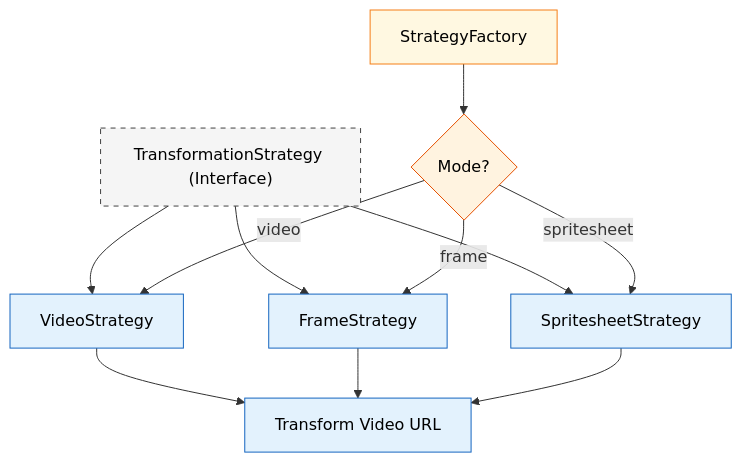
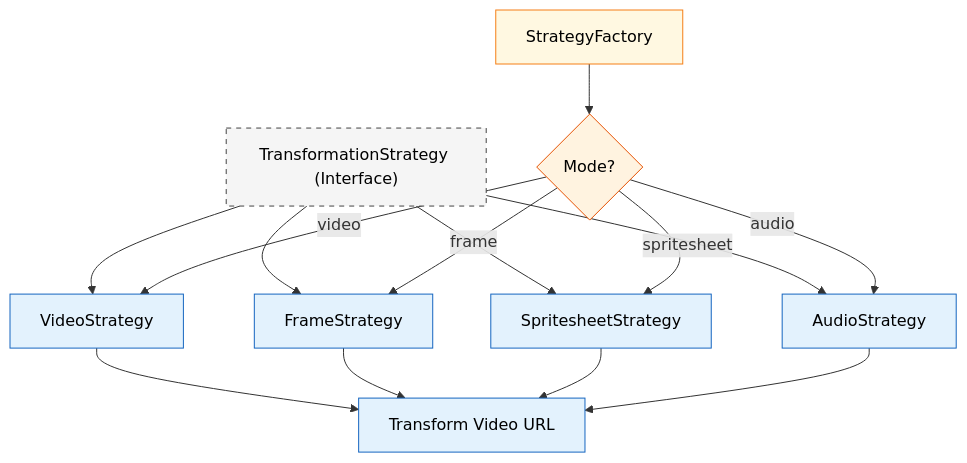
One commit to erfianugrah/video-resizer changed the sixth of 16 diagrams in README.md. Above: the diagram before and after it, drawn with Mermaid. The commit also changed other lines of this file and 26 other files, not shown here.

````diff
--- a/README.md
+++ b/README.md
@@ -416,28 +423,30 @@
 ```mermaid
 flowchart TB
     %% Define node styles with high contrast colors
     classDef interface fill:#F5F5F5,stroke:#424242,stroke-dasharray: 5 5,color:#000000;
     classDef concrete fill:#E3F2FD,stroke:#1565C0,color:#000000;
     classDef factory fill:#FFF8E1,stroke:#F57F17,color:#000000;
     classDef decision fill:#FFF3E0,stroke:#E65100,color:#000000;
 
     %% Strategy hierarchy
     A["TransformationStrategy (Interface)"] --> B[VideoStrategy]
     A --> C[FrameStrategy]
     A --> D[SpritesheetStrategy]
+    A --> E[AudioStrategy]
 
     %% Factory
-    E[StrategyFactory] --> F{Mode?}
-    F -->|video| B
-    F -->|frame| C
-    F -->|spritesheet| D
+    F[StrategyFactory] --> G{Mode?}
+    G -->|video| B
+    G -->|frame| C
+    G -->|spritesheet| D
+    G -->|audio| E
 
     %% Implementation
-    B & C & D --> G[Transform Video URL]
+    B & C & D & E --> H[Transform Video URL]
 
     %% Apply styles
     class A interface
-    class B,C,D,G concrete
-    class E factory
-    class F decision
+    class B,C,D,E,H concrete
+    class F factory
+    class G decision
 ```
````
